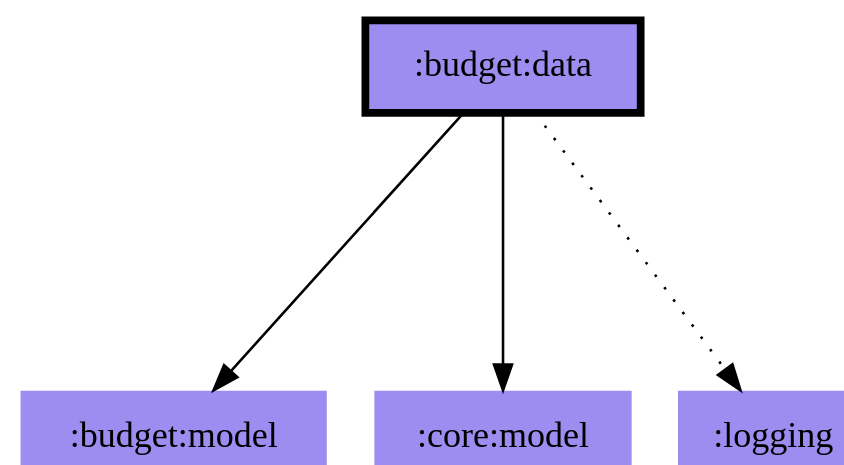
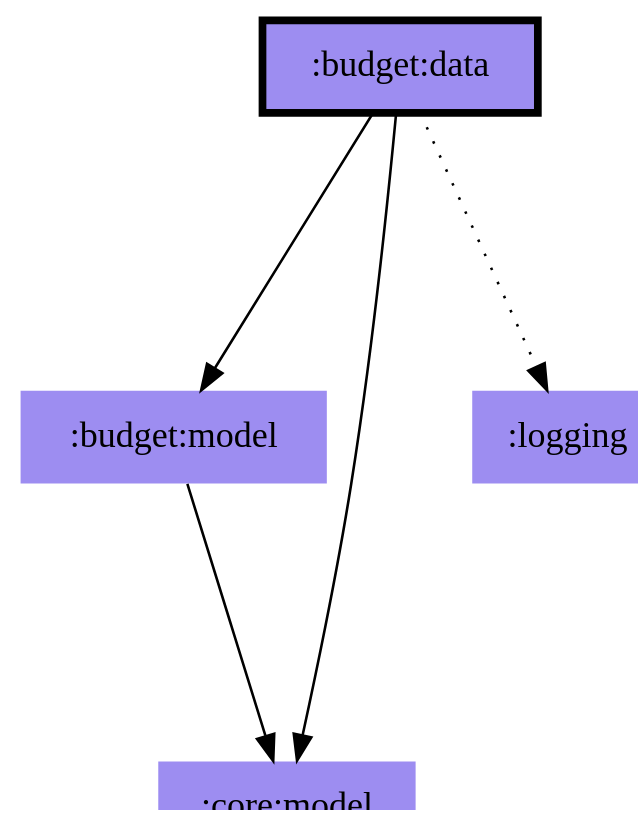
One commit to jonapoul/aktual changed the diagram in modules/budget/data/modules.dot. Above: the diagram before and after it, drawn with Graphviz. The commit also changed 52 other files, not shown here.

```diff
--- a/modules/budget/data/modules.dot
+++ b/modules/budget/data/modules.dot
@@ -1,12 +1,13 @@
 digraph {
 edge ["dir"="forward"]
 graph ["dpi"="100","fontsize"="30","ranksep"="1.5","rankdir"="TB"]
 node ["style"="filled"]
 ":budget:data" ["fillcolor"="#9D8DF1","color"="black","penwidth"="3","shape"="box"]
 ":budget:model" ["fillcolor"="#9D8DF1","shape"="none"]
 ":core:model" ["fillcolor"="#9D8DF1","shape"="none"]
 ":logging" ["fillcolor"="#9D8DF1","shape"="none"]
 ":budget:data" -> ":budget:model"
 ":budget:data" -> ":core:model"
 ":budget:data" -> ":logging" ["style"="dotted"]
+":budget:model" -> ":core:model"
 }
```
